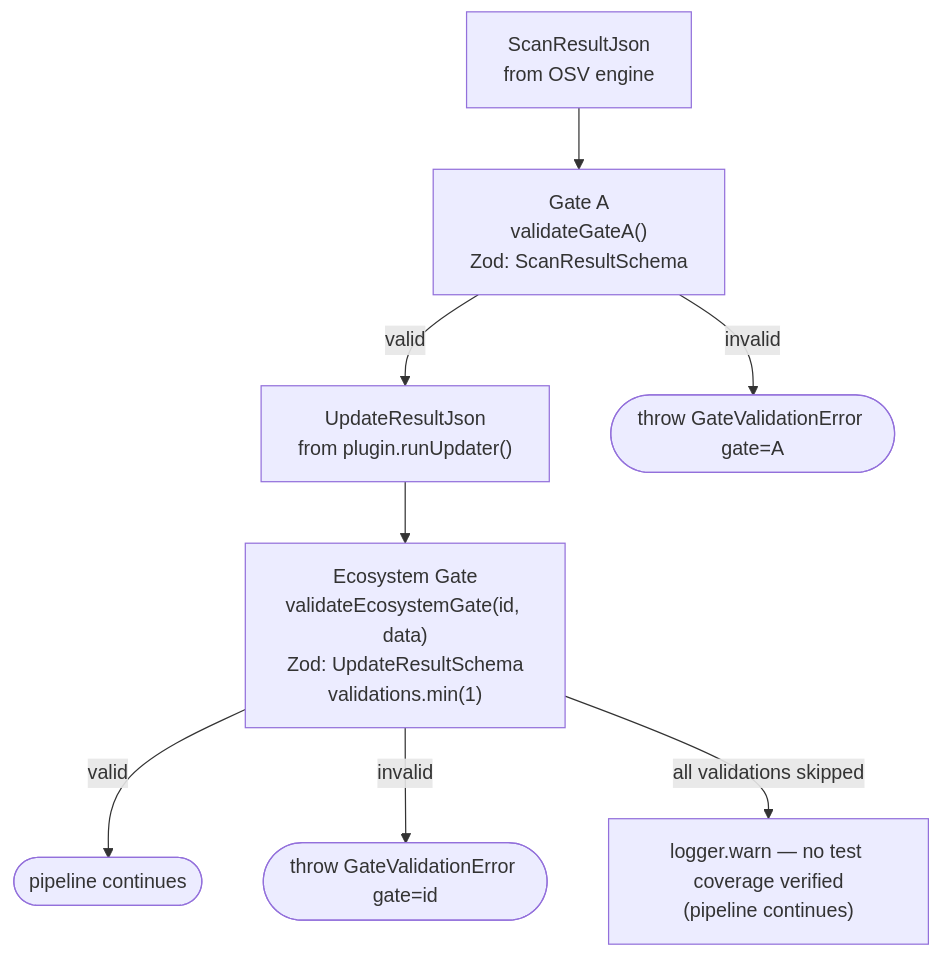
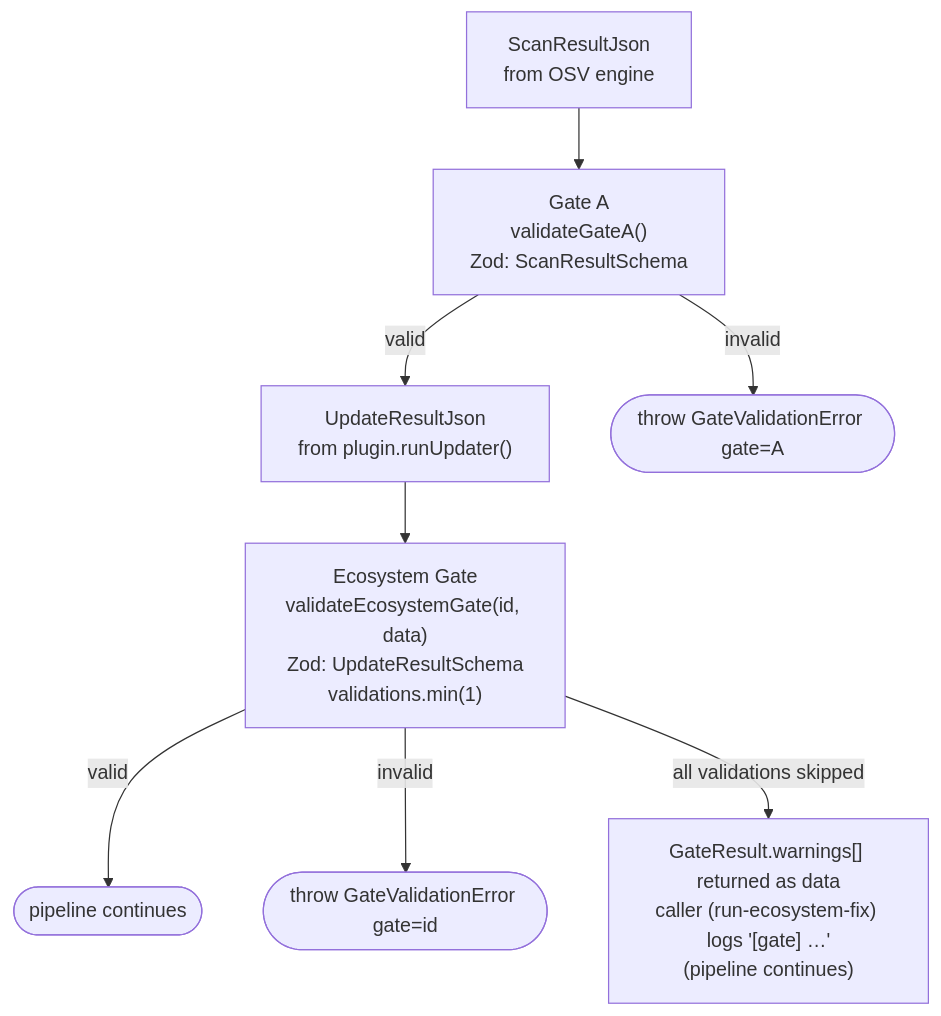
Before and after one commit to juanvictorleite/deep-health: the first of 2 diagrams in docs/architecture/gates-and-policy.md, drawn with Mermaid. The commit also changed other lines of this file and 54 other files, not shown here.

First line of the commit message:
refactor: execute architecture round per ADRs 0006-0010

````diff
--- a/docs/architecture/gates-and-policy.md
+++ b/docs/architecture/gates-and-policy.md
@@ -14,17 +14,17 @@
 ```mermaid
 flowchart TD
     SCAN_OUT["ScanResultJson\nfrom OSV engine"]
     GATE_A["Gate A\nvalidateGateA()\nZod: ScanResultSchema"]
     SCAN_OUT --> GATE_A
 
     GATE_A -- valid --> UPDATE
     GATE_A -- invalid --> ERR_A([throw GateValidationError gate=A])
 
     UPDATE["UpdateResultJson\nfrom plugin.runUpdater()"]
     ECO_GATE["Ecosystem Gate\nvalidateEcosystemGate(id, data)\nZod: UpdateResultSchema\nvalidations.min(1)"]
     UPDATE --> ECO_GATE
 
     ECO_GATE -- valid --> CONT([pipeline continues])
     ECO_GATE -- invalid --> ERR_ECO([throw GateValidationError gate=id])
-    ECO_GATE -- "all validations skipped" --> WARN["logger.warn — no test coverage verified\n(pipeline continues)"]
+    ECO_GATE -- "all validations skipped" --> WARN["GateResult.warnings[] returned as data\ncaller (run-ecosystem-fix) logs '[gate] …'\n(pipeline continues)"]
 ```
````
